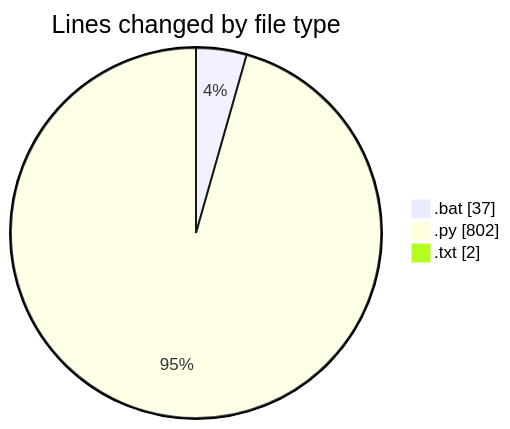
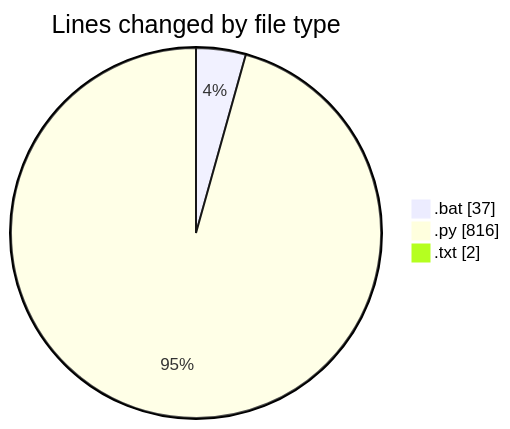
One commit to FelipKnott/code-tracking changed the first of 2 diagrams in 2025-07-04/cursor/README.md. Above: the diagram before and after it, drawn with Mermaid. The commit also changed other lines of this file and 1 other file, not shown here.

````diff
--- a/2025-07-04/cursor/README.md
+++ b/2025-07-04/cursor/README.md
@@ -34,7 +34,7 @@
 ```mermaid
 pie showData
 title Lines changed by file type
 ".bat" : 37
-".py" : 802
+".py" : 816
 ".txt" : 2
 ```
````
